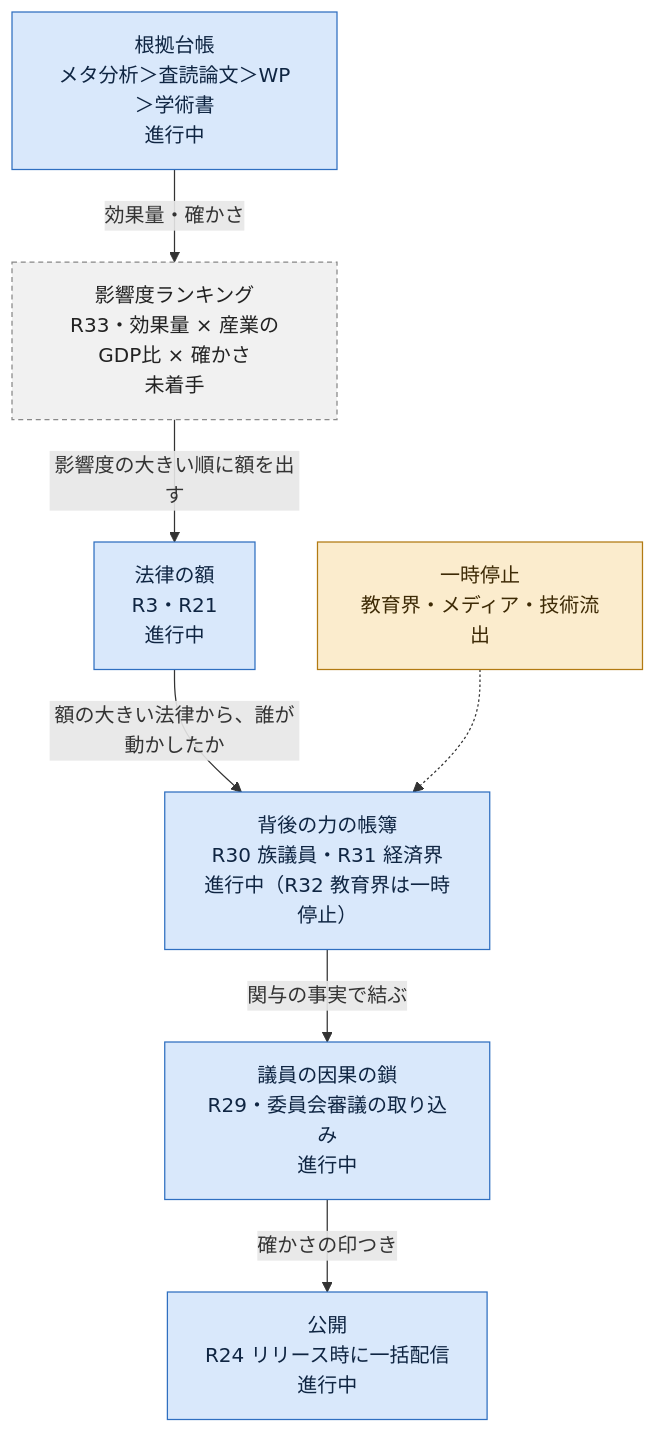
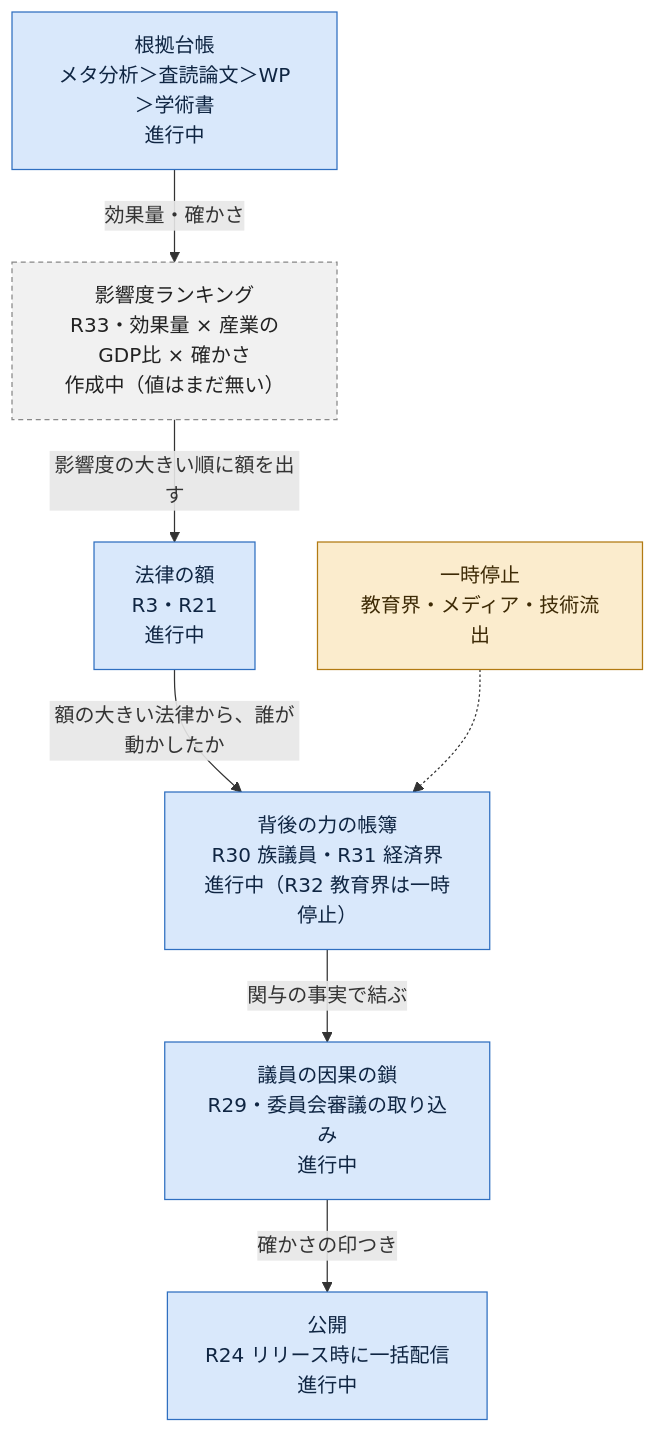
One commit to nexus-ai-2045/public-interest-lens changed the second of 2 diagrams in docs/ロードマップ.md. Above: the diagram before and after it, drawn with Mermaid.

Commit message:
全体図の影響度ランキングを作成中と明示し、狭い画面は一覧表示にする

````diff
--- a/docs/ロードマップ.md
+++ b/docs/ロードマップ.md
@@ -181,19 +181,19 @@
 ```mermaid
 flowchart TD
   A["根拠台帳<br/>メタ分析＞査読論文＞WP＞学術書<br/>進行中"]:::prog
-  B["影響度ランキング<br/>R33・効果量 × 産業のGDP比 × 確かさ<br/>未着手"]:::todo
+  B["影響度ランキング<br/>R33・効果量 × 産業のGDP比 × 確かさ<br/>作成中（値はまだ無い）"]:::todo
   C["法律の額<br/>R3・R21<br/>進行中"]:::prog
   D["背後の力の帳簿<br/>R30 族議員・R31 経済界<br/>進行中（R32 教育界は一時停止）"]:::prog
   E["議員の因果の鎖<br/>R29・委員会審議の取り込み<br/>進行中"]:::prog
   F["公開<br/>R24 リリース時に一括配信<br/>進行中"]:::prog
   A -->|"効果量・確かさ"| B
   B -->|"影響度の大きい順に額を出す"| C
   C -->|"額の大きい法律から、誰が動かしたか"| D
   D -->|"関与の事実で結ぶ"| E
   E -->|"確かさの印つき"| F
   P["一時停止<br/>教育界・メディア・技術流出"]:::pause -.-> D
   classDef done fill:#d7efdc,stroke:#2e7d46,color:#102a18
   classDef prog fill:#d9e8fb,stroke:#2f6fc0,color:#0f2542
   classDef pause fill:#fbeccd,stroke:#b27a12,color:#3d2a05
   classDef todo fill:#f1f1f1,stroke:#888,stroke-dasharray:4 3,color:#222
 ```
````
